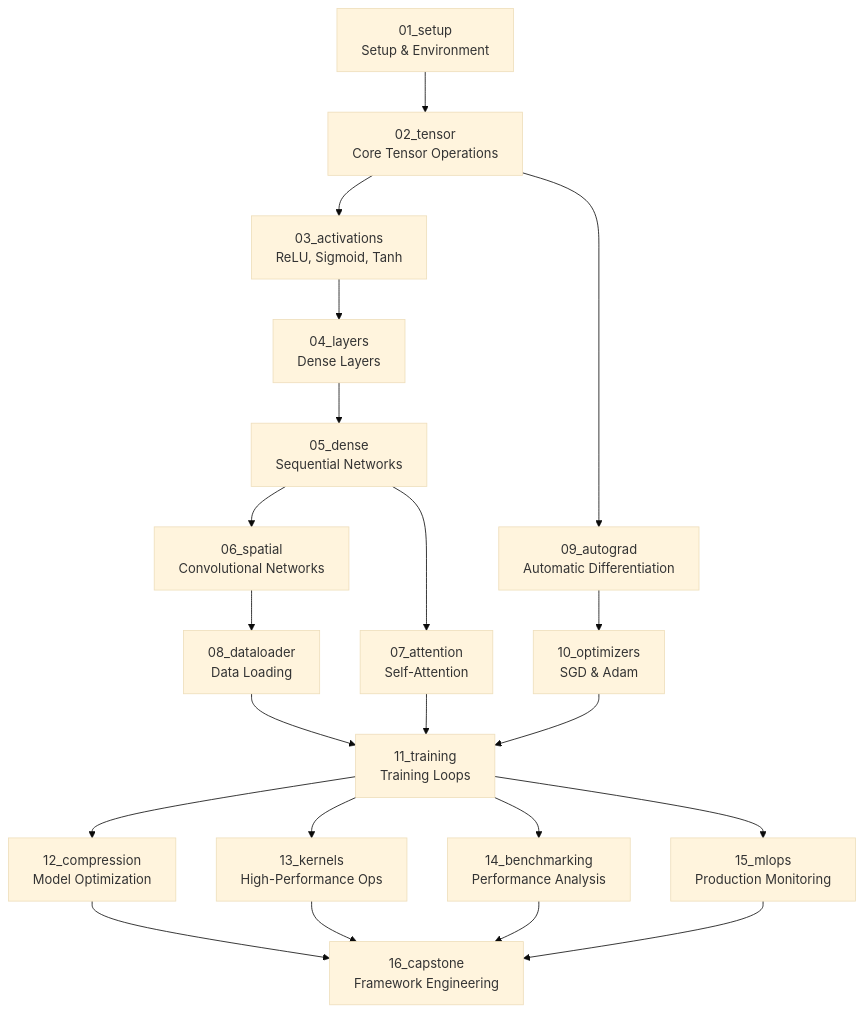
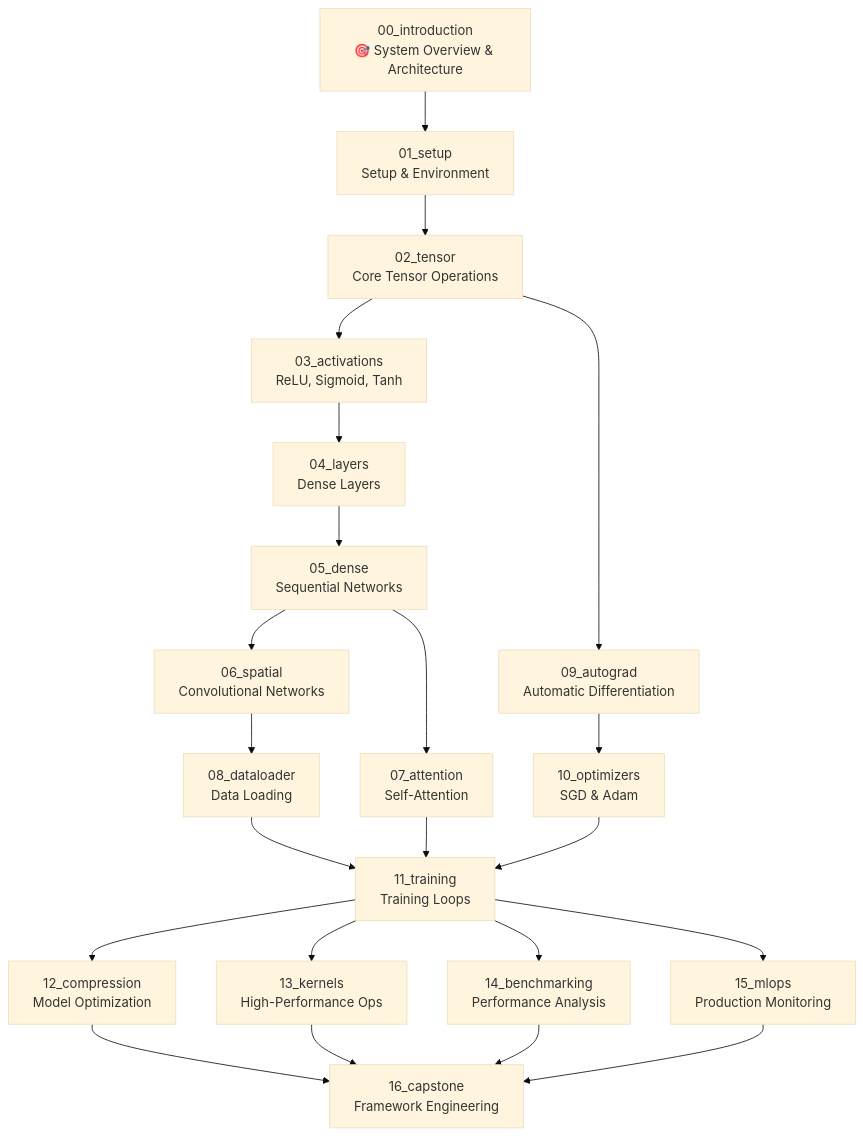
Before and after one commit to MLSysBook/TinyTorch: the diagram in README.md, drawn with Mermaid (base theme). The commit also changed other lines of this file and 1 other file, not shown here.

````diff
--- a/README.md
+++ b/README.md
@@ -196,27 +222,28 @@
 ```mermaid
 flowchart TD
-    A[01_setup<br/>Setup & Environment] --> B[02_tensor<br/>Core Tensor Operations]
+    Z[00_introduction<br/>🎯 System Overview & Architecture] --> A[01_setup<br/>Setup & Environment] 
+    A --> B[02_tensor<br/>Core Tensor Operations]
     B --> C[03_activations<br/>ReLU, Sigmoid, Tanh]
     C --> D[04_layers<br/>Dense Layers]
     D --> E[05_dense<br/>Sequential Networks]
     
     E --> F[06_spatial<br/>Convolutional Networks]
     E --> G[07_attention<br/>Self-Attention]
     F --> H[08_dataloader<br/>Data Loading]
     B --> I[09_autograd<br/>Automatic Differentiation]
     I --> J[10_optimizers<br/>SGD & Adam]
     
     H --> K[11_training<br/>Training Loops]
     G --> K
     J --> K
     
     K --> L[12_compression<br/>Model Optimization]
     K --> M[13_kernels<br/>High-Performance Ops]
     K --> N[14_benchmarking<br/>Performance Analysis]
     K --> O[15_mlops<br/>Production Monitoring]
     
     L --> P[16_capstone<br/>Framework Engineering]
     M --> P
     N --> P
     O --> P
 ```
````
